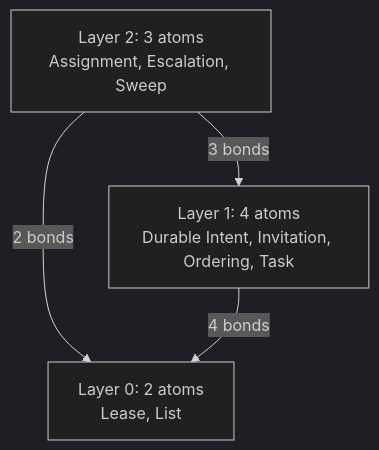
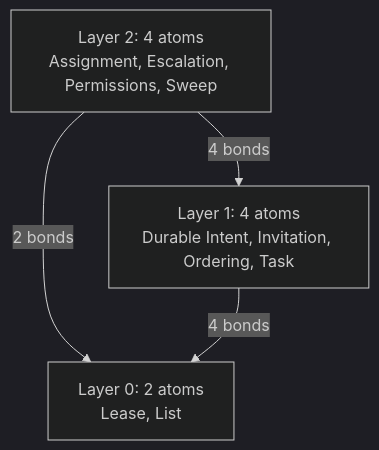
Before and after one commit to scottromack/grace-commons: the first of 6 diagrams in library/graph.md, drawn with Mermaid. The commit also changed other lines of this file and 11 other files, not shown here.

````diff
--- a/library/graph.md
+++ b/library/graph.md
@@ -22,10 +22,10 @@
 ```mermaid
 %%{init: {"theme": "dark", "flowchart": {"htmlLabels": true}} }%%
 flowchart TB
-  layer2["Layer 2: 3 atoms<br/>Assignment, Escalation, Sweep"]
+  layer2["Layer 2: 4 atoms<br/>Assignment, Escalation, Permissions, Sweep"]
   layer1["Layer 1: 4 atoms<br/>Durable Intent, Invitation, Ordering, Task"]
   layer0["Layer 0: 2 atoms<br/>Lease, List"]
-  layer2 -->|"3 bonds"| layer1
+  layer2 -->|"4 bonds"| layer1
   layer2 -->|"2 bonds"| layer0
   layer1 -->|"4 bonds"| layer0
 ```
````
